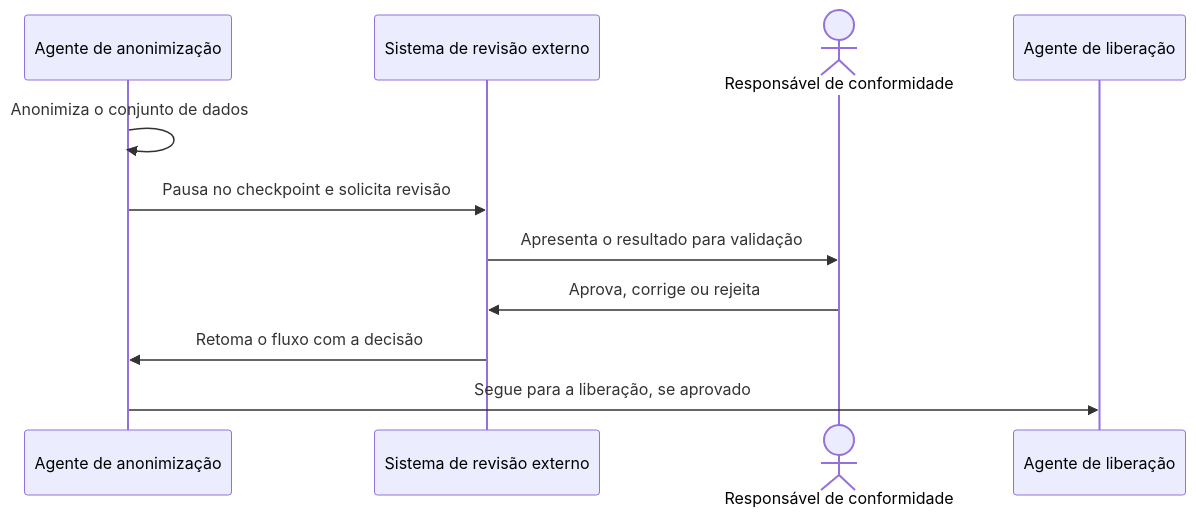
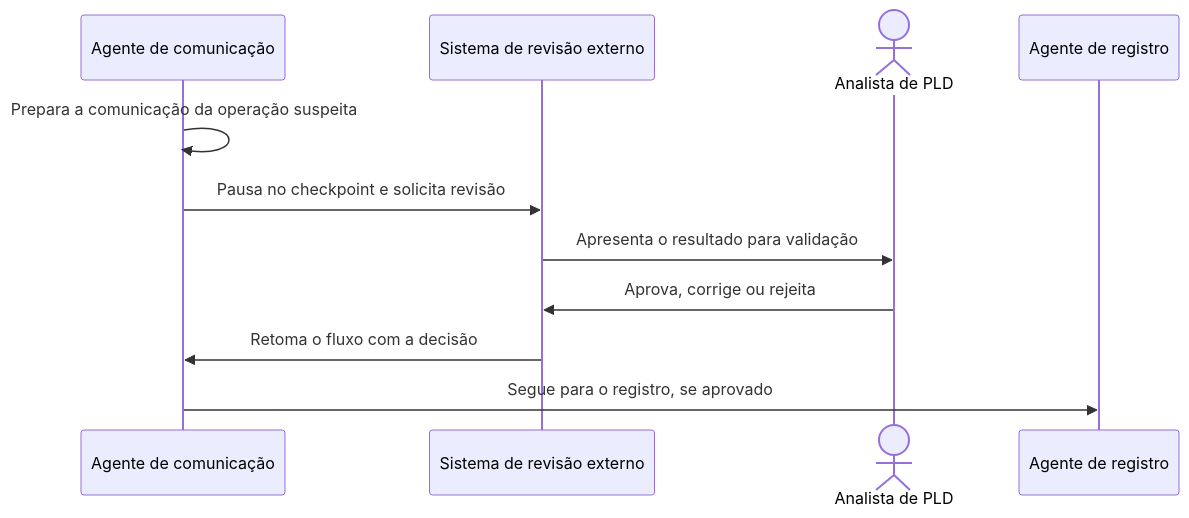
One commit to alancesar/design-patterns changed the diagram in docs/ai/agent-patterns/special-requirements/human-in-the-loop.md. Above: the diagram before and after it, drawn with Mermaid. The commit also changed other lines of this file and 13 other files, not shown here.

Commit message:
Switch agent-patterns concrete diagrams to fintech scenarios

````diff
--- a/docs/ai/agent-patterns/special-requirements/human-in-the-loop.md
+++ b/docs/ai/agent-patterns/special-requirements/human-in-the-loop.md
@@ -55,13 +55,13 @@
 ```mermaid
 sequenceDiagram
-    participant A1 as Agente de anonimização
+    participant A1 as Agente de comunicação
     participant S as Sistema de revisão externo
-    actor H as Responsável de conformidade
-    participant A2 as Agente de liberação
-    A1->>A1: Anonimiza o conjunto de dados
+    actor H as Analista de PLD
+    participant A2 as Agente de registro
+    A1->>A1: Prepara a comunicação da operação suspeita
     A1->>S: Pausa no checkpoint e solicita revisão
     S->>H: Apresenta o resultado para validação
     H->>S: Aprova, corrige ou rejeita
     S->>A1: Retoma o fluxo com a decisão
-    A1->>A2: Segue para a liberação, se aprovado
+    A1->>A2: Segue para o registro, se aprovado
 ```
````
